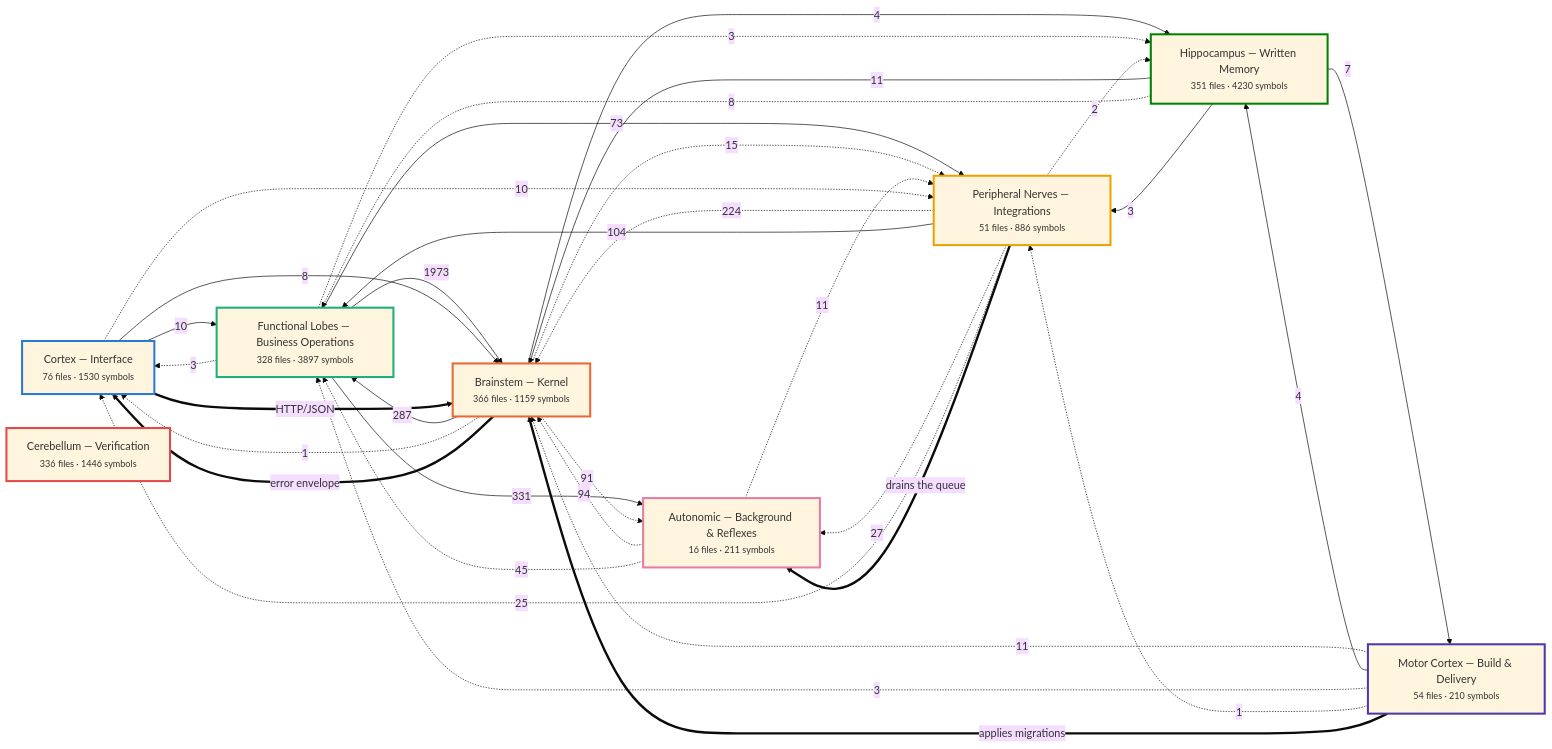
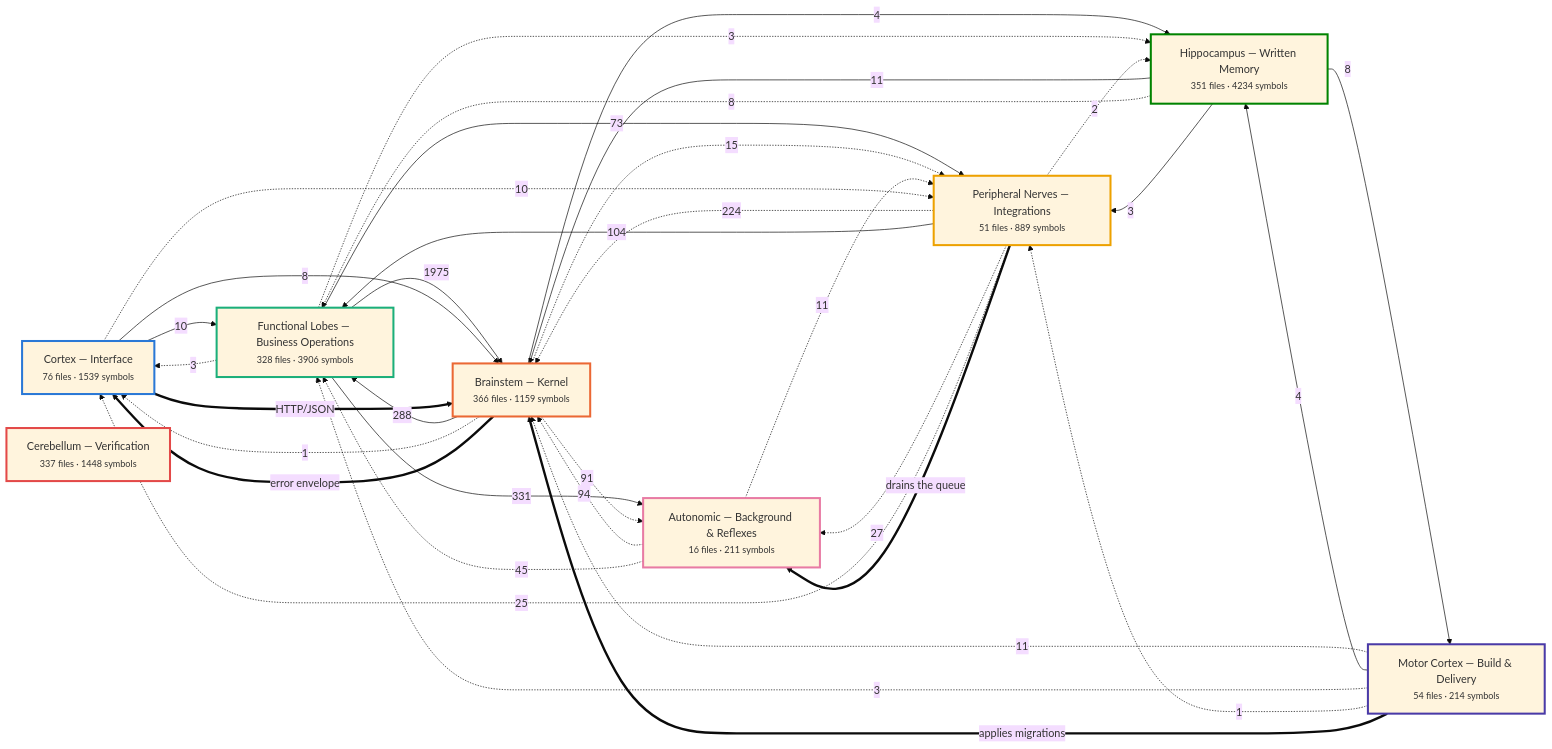
Before and after one commit to Vishalnayak226/custom_erp: the first of 7 diagrams in docs/brain/BRAIN.md, drawn with Mermaid (base theme). The commit also changed other lines of this file and 42 other files, not shown here.

````diff
--- a/docs/brain/BRAIN.md
+++ b/docs/brain/BRAIN.md
@@ -35,60 +35,60 @@
 ```mermaid
 flowchart LR
-  n_cortex["Cortex — Interface<br/><small>76 files · 1530 symbols</small>"]
+  n_cortex["Cortex — Interface<br/><small>76 files · 1539 symbols</small>"]
   n_brainstem["Brainstem — Kernel<br/><small>366 files · 1159 symbols</small>"]
-  n_business["Functional Lobes — Business Operations<br/><small>328 files · 3897 symbols</small>"]
-  n_peripheral["Peripheral Nerves — Integrations<br/><small>51 files · 886 symbols</small>"]
+  n_business["Functional Lobes — Business Operations<br/><small>328 files · 3906 symbols</small>"]
+  n_peripheral["Peripheral Nerves — Integrations<br/><small>51 files · 889 symbols</small>"]
   n_autonomic["Autonomic — Background & Reflexes<br/><small>16 files · 211 symbols</small>"]
-  n_memory["Hippocampus — Written Memory<br/><small>351 files · 4230 symbols</small>"]
-  n_motor["Motor Cortex — Build & Delivery<br/><small>54 files · 210 symbols</small>"]
-  n_verification["Cerebellum — Verification<br/><small>336 files · 1446 symbols</small>"]
-  n_business -->|1973| n_brainstem
+  n_memory["Hippocampus — Written Memory<br/><small>351 files · 4234 symbols</small>"]
+  n_motor["Motor Cortex — Build & Delivery<br/><small>54 files · 214 symbols</small>"]
+  n_verification["Cerebellum — Verification<br/><small>337 files · 1448 symbols</small>"]
+  n_business -->|1975| n_brainstem
   n_business -->|331| n_autonomic
-  n_brainstem -->|287| n_business
+  n_brainstem -->|288| n_business
   n_peripheral -.->|224| n_brainstem
   n_peripheral -->|104| n_business
   n_autonomic -.->|94| n_brainstem
   n_brainstem -.->|91| n_autonomic
   n_business -->|73| n_peripheral
   n_autonomic -.->|45| n_business
   n_peripheral -.->|27| n_autonomic
   n_peripheral -.->|25| n_cortex
   n_brainstem -.->|15| n_peripheral
   n_autonomic -.->|11| n_peripheral
   n_memory -->|11| n_brainstem
   n_motor -.->|11| n_brainstem
   n_cortex -->|10| n_business
   n_cortex -.->|10| n_peripheral
   n_cortex -->|8| n_brainstem
   n_memory -.->|8| n_business
-  n_memory -->|7| n_motor
+  n_memory -->|8| n_motor
   n_brainstem -->|4| n_memory
   n_motor -->|4| n_memory
   n_business -.->|3| n_cortex
   n_business -.->|3| n_memory
   n_memory -->|3| n_peripheral
   n_motor -.->|3| n_business
   n_peripheral -.->|2| n_memory
   n_brainstem -.->|1| n_cortex
   n_motor -.->|1| n_peripheral
   n_brainstem ==>|error envelope| n_cortex
   n_cortex ==>|HTTP/JSON| n_brainstem
   n_motor ==>|applies migrations| n_brainstem
   n_peripheral ==>|drains the queue| n_autonomic
   classDef n_cortex stroke:#2a78d6,stroke-width:3px;
   class n_cortex n_cortex;
   classDef n_brainstem stroke:#eb6834,stroke-width:3px;
   class n_brainstem n_brainstem;
   classDef n_business stroke:#1baf7a,stroke-width:3px;
   class n_business n_business;
   classDef n_peripheral stroke:#eda100,stroke-width:3px;
   class n_peripheral n_peripheral;
   classDef n_autonomic stroke:#e87ba4,stroke-width:3px;
   class n_autonomic n_autonomic;
   classDef n_memory stroke:#008300,stroke-width:3px;
   class n_memory n_memory;
   classDef n_motor stroke:#4a3aa7,stroke-width:3px;
   class n_motor n_motor;
   classDef n_verification stroke:#e34948,stroke-width:3px;
   class n_verification n_verification;
 ```
````
